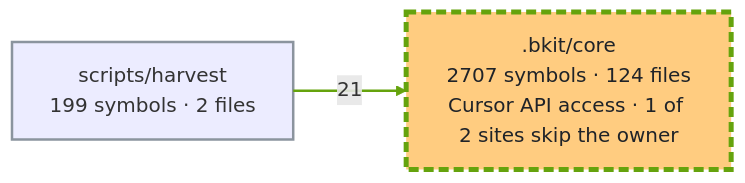
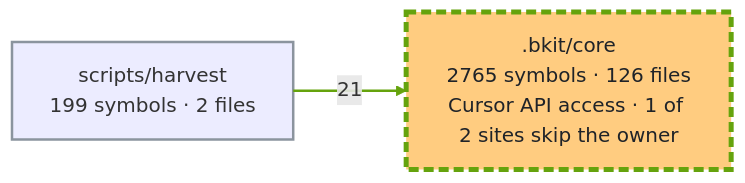
Before and after one commit to cbartens/bkit: the first of 2 diagrams in docs/capabilities.md, drawn with Mermaid. The commit also changed other lines of this file, not shown here.

````diff
--- a/docs/capabilities.md
+++ b/docs/capabilities.md
@@ -150,16 +150,16 @@
 ```mermaid
 ---
 config:
   layout: elk
   flowchart:
     useMaxWidth: false
 ---
 flowchart LR
-  %% Generated by bkit-graphify-rollup.py from f9789e64a0c48d5c0a315cddd64d4f2e54cca000 — do not edit
-  n_bkit_core[".bkit/core<br/>2707 symbols · 124 files<br/>Cursor API access · 1 of 2 sites skip the owner"]
+  %% Generated by bkit-graphify-rollup.py from eb1835d85d5201778bc3998d74bfe810ba1ed57f — do not edit
+  n_bkit_core[".bkit/core<br/>2765 symbols · 126 files<br/>Cursor API access · 1 of 2 sites skip the owner"]
   nscripts_harvest["scripts/harvest<br/>199 symbols · 2 files"]
   nscripts_harvest -->|21| n_bkit_core
   style n_bkit_core stroke:#65a30d,stroke-width:4px,stroke-dasharray:8 4,fill:#ffcc80,color:#1f2328
   style nscripts_harvest stroke:#8b949e,stroke-width:2px
   linkStyle 0 stroke:#65a30d,stroke-width:2px
 ```
````
